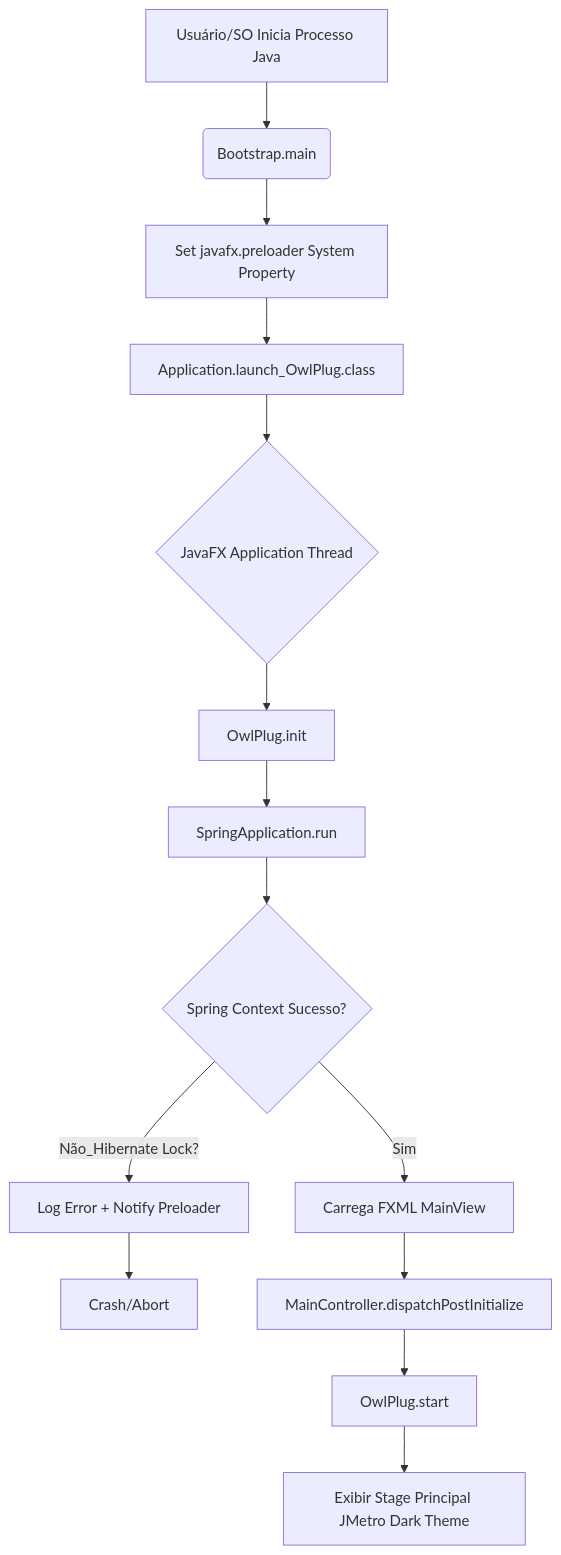
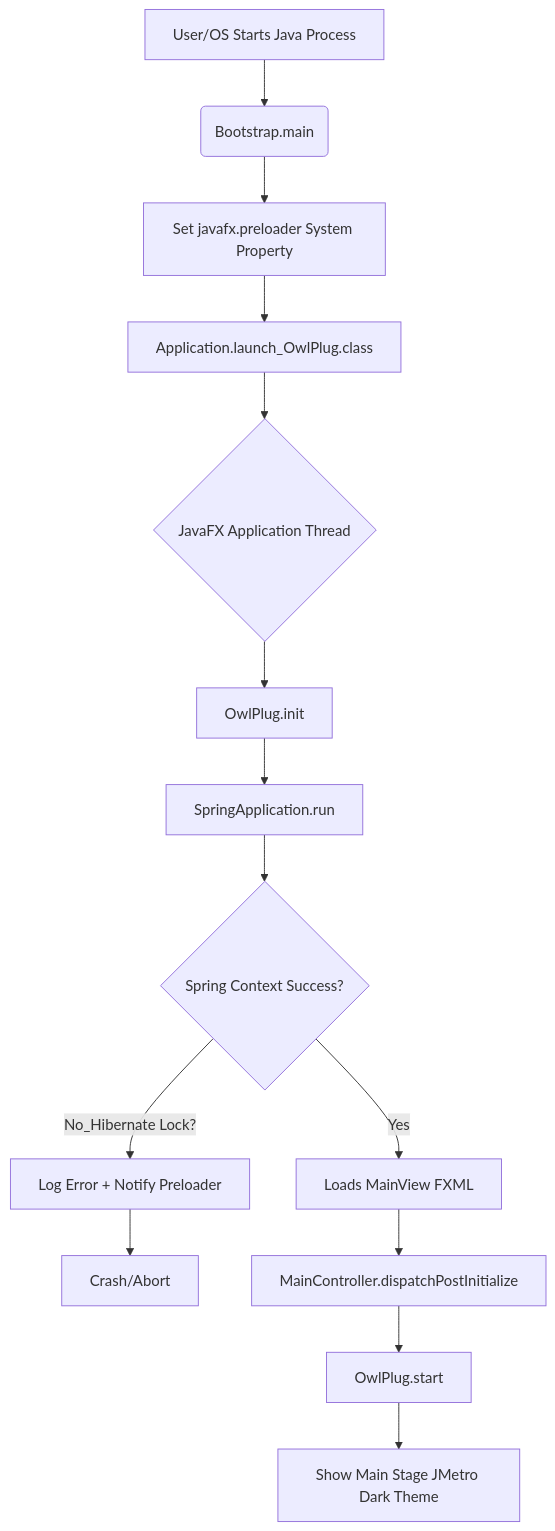
The fifth of 15 diagrams in docs/full-forensic-technical-documentation.md (daniel-chiuratto-seabra/OwlPlug), drawn with Mermaid before and after one commit. The commit also changed other lines of this file, not shown here.

````diff
--- a/docs/full-forensic-technical-documentation.md
+++ b/docs/full-forensic-technical-documentation.md
@@ -204,16 +204,16 @@
 ```mermaid
 flowchart TD
-    A[Usuário/SO Inicia Processo Java] --> B(Bootstrap.main)
+    A[User/OS Starts Java Process] --> B(Bootstrap.main)
     B --> C[Set javafx.preloader System Property]
     C --> D[Application.launch_OwlPlug.class]
     D --> E{JavaFX Application Thread}
     E --> F[OwlPlug.init]
     F --> G[SpringApplication.run]
-    G --> H{Spring Context Sucesso?}
-    H -- Não_Hibernate Lock? --> I[Log Error + Notify Preloader]
+    G --> H{Spring Context Success?}
+    H -- No_Hibernate Lock? --> I[Log Error + Notify Preloader]
     I --> J[Crash/Abort]
-    H -- Sim --> K[Carrega FXML MainView]
+    H -- Yes --> K[Loads MainView FXML]
     K --> L[MainController.dispatchPostInitialize]
     L --> M[OwlPlug.start]
-    M --> N[Exibir Stage Principal JMetro Dark Theme]
+    M --> N[Show Main Stage JMetro Dark Theme]
 ```
````
